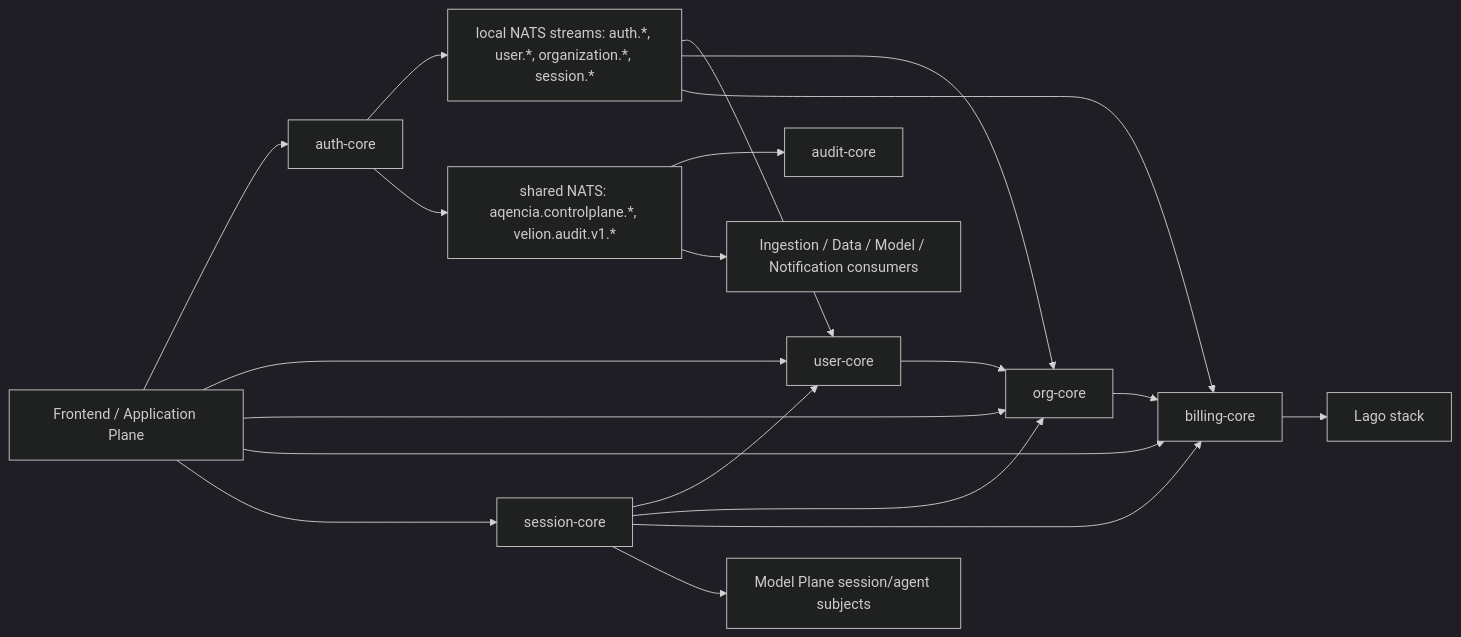
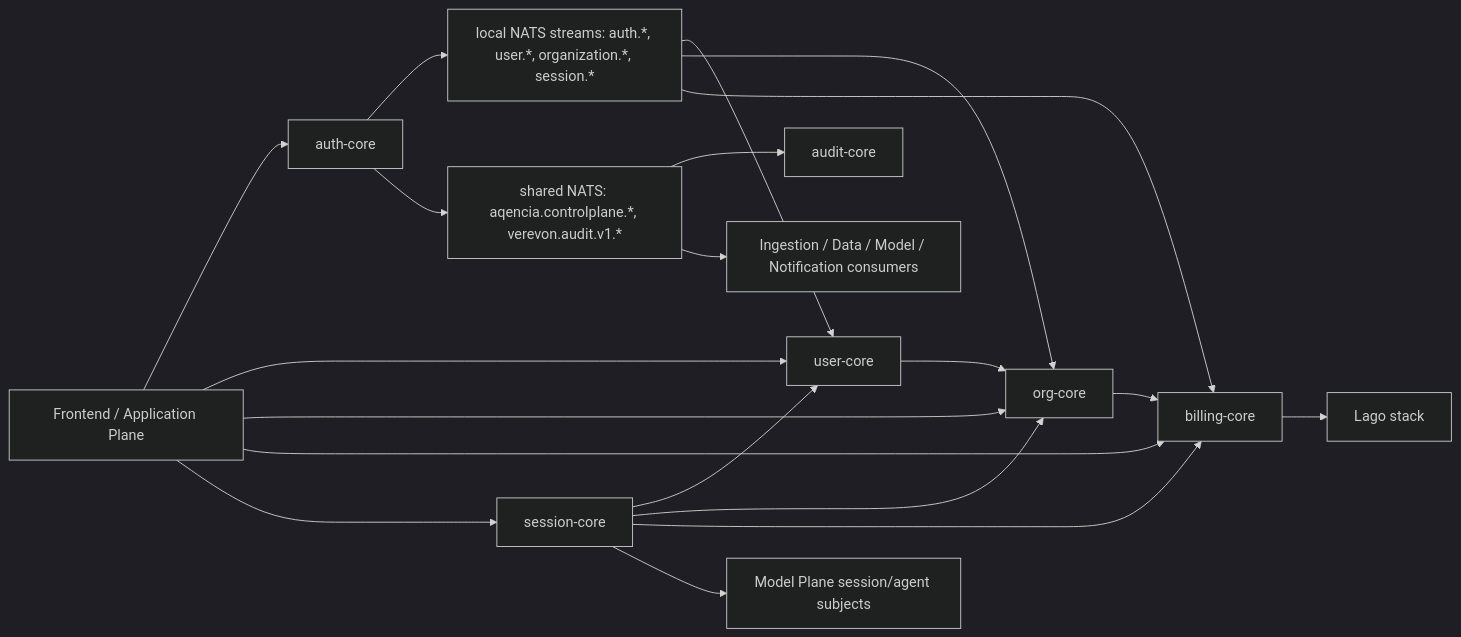
The diagram in apps/Control Plane/CONTROL_PLANE_DEEP_DIVE.md (nisjety/CoreSystems), drawn with Mermaid (dark theme) before and after one commit. The commit also changed other lines of this file and 2447 other files, not shown here.

First line of the commit message:
refactor: rename Velion to Verevon across the monorepo

````diff
--- a/apps/Control Plane/CONTROL_PLANE_DEEP_DIVE.md
+++ b/apps/Control Plane/CONTROL_PLANE_DEEP_DIVE.md
@@ -67,22 +67,22 @@
 ```mermaid
 flowchart LR
   Frontend["Frontend / Application Plane"] --> Auth["auth-core"]
   Frontend --> User["user-core"]
   Frontend --> Org["org-core"]
   Frontend --> Billing["billing-core"]
   Frontend --> Session["session-core"]
   Auth --> NATSLocal["local NATS streams: auth.*, user.*, organization.*, session.*"]
-  Auth --> SharedBus["shared NATS: aqencia.controlplane.*, velion.audit.v1.*"]
+  Auth --> SharedBus["shared NATS: aqencia.controlplane.*, verevon.audit.v1.*"]
   NATSLocal --> User
   NATSLocal --> Org
   NATSLocal --> Billing
   Org --> Billing
   User --> Org
   Billing --> Lago["Lago stack"]
   Session --> User
   Session --> Org
   Session --> Billing
   Session --> Model["Model Plane session/agent subjects"]
   SharedBus --> Audit["audit-core"]
   SharedBus --> OtherPlanes["Ingestion / Data / Model / Notification consumers"]
 ```
````
